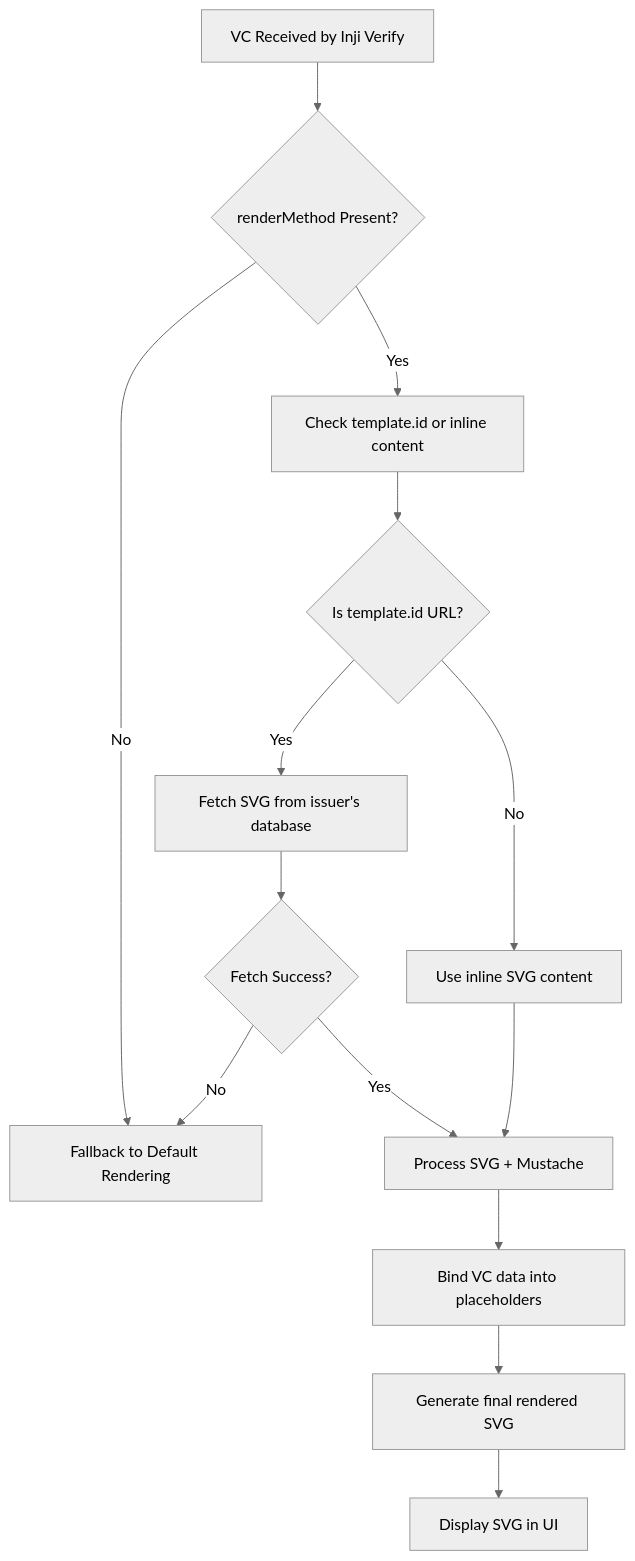
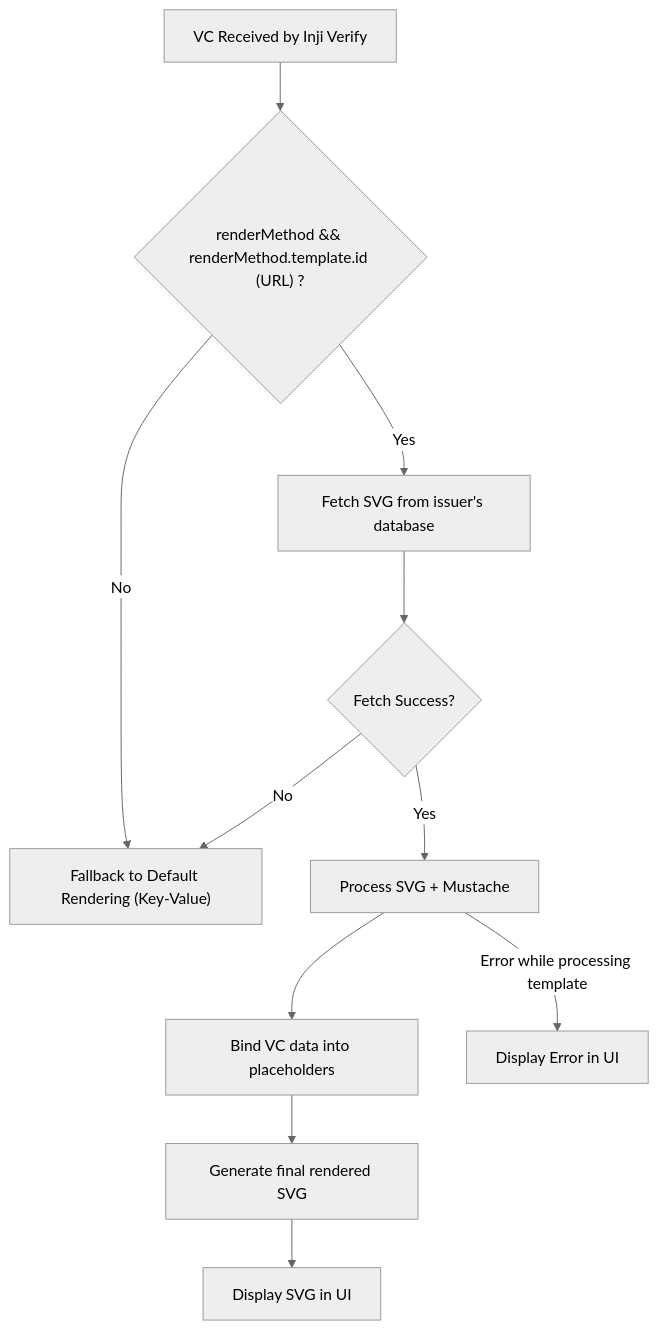
The diagram in docs/SVGTemplateRender.md (OpenG2P/inji-verify), drawn with Mermaid (neutral theme) before and after one commit. The commit also changed other lines of this file and 4 other files, not shown here.

````diff
--- a/docs/SVGTemplateRender.md
+++ b/docs/SVGTemplateRender.md
@@ -132,16 +129,13 @@
 ```mermaid
 flowchart TD
-    A[VC Received by Inji Verify] --> B{renderMethod Present?}
-    B -- No --> Z[Render using Default Key-Value UI]
-    B -- Yes --> C[Check template.id or inline content]
-    C --> D{Is template.id URL?}
-    D -- Yes --> E[Fetch SVG from issuer's database]
-    D -- No --> F[Use inline SVG content]
-    E --> G{Fetch Success?}
-    G -- No --> Z[Fallback to Default Rendering]
-    G -- Yes --> H[Process SVG + Mustache]
-    F --> H[Process SVG + Mustache]
-    H --> I[Bind VC data into placeholders]
-    I --> J[Generate final rendered SVG]
-    J --> K[Display SVG in UI]
+    A[VC Received by Inji Verify] --> B{"renderMethod && renderMethod.template.id (URL) ?"}
+    B -- No --> Z["Fallback to Default Rendering (Key-Value)"]
+    B -- Yes --> C[Fetch SVG from issuer's database]
+    C --> D{Fetch Success?}
+    D -- No --> Z["Fallback to Default Rendering (Key-Value)"]
+    D -- Yes --> E[Process SVG + Mustache]
+    E --> F[Bind VC data into placeholders]
+    F --> G[Generate final rendered SVG]
+    G --> H[Display SVG in UI]
+    E -- Error while processing template --> I[Display Error in UI]
 ```
````
